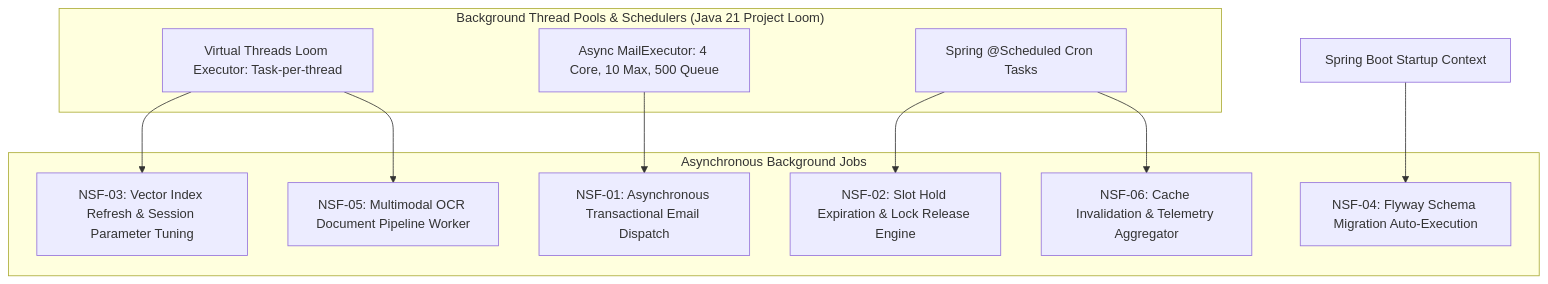
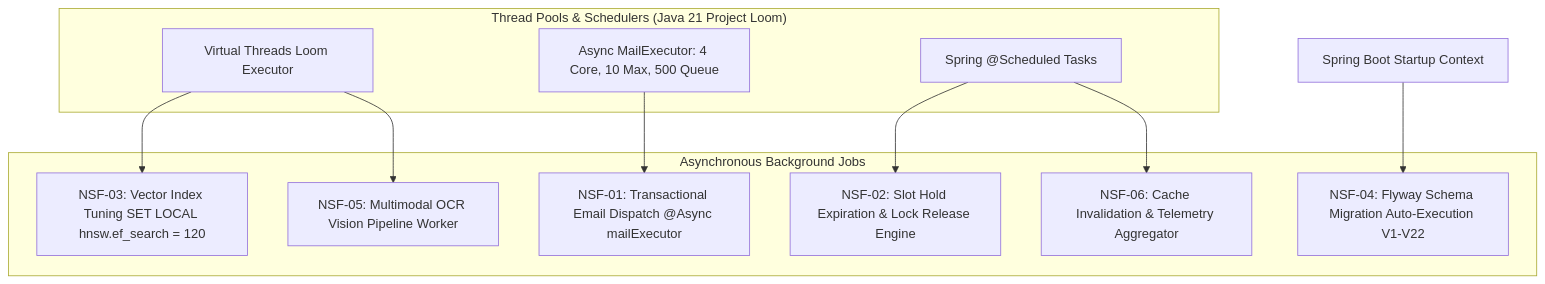
One commit to vinhhotff/KLTN-medical-assistant changed the third of 4 diagrams in docs/SRS_MediAssist_AI.md. Above: the diagram before and after it, drawn with Mermaid. The commit also changed other lines of this file and 6 other files, not shown here.

````diff
--- a/docs/SRS_MediAssist_AI.md
+++ b/docs/SRS_MediAssist_AI.md
@@ -2847,22 +2805,22 @@
 ```mermaid
 graph TD
-    subgraph "Background Thread Pools & Schedulers (Java 21 Project Loom)"
-        LoomPool[Virtual Threads Loom Executor: Task-per-thread]
+    subgraph "Thread Pools & Schedulers (Java 21 Project Loom)"
+        LoomPool[Virtual Threads Loom Executor]
         MailPool[Async MailExecutor: 4 Core, 10 Max, 500 Queue]
-        Scheduler[Spring @Scheduled Cron Tasks]
+        Scheduler[Spring @Scheduled Tasks]
     end
 
     subgraph "Asynchronous Background Jobs"
-        Job1[NSF-01: Asynchronous Transactional Email Dispatch]
+        Job1[NSF-01: Transactional Email Dispatch @Async mailExecutor]
         Job2[NSF-02: Slot Hold Expiration & Lock Release Engine]
-        Job3[NSF-03: Vector Index Refresh & Session Parameter Tuning]
-        Job4[NSF-04: Flyway Schema Migration Auto-Execution]
-        Job5[NSF-05: Multimodal OCR Document Pipeline Worker]
+        Job3[NSF-03: Vector Index Tuning SET LOCAL hnsw.ef_search = 120]
+        Job4[NSF-04: Flyway Schema Migration Auto-Execution V1-V22]
+        Job5[NSF-05: Multimodal OCR Vision Pipeline Worker]
         Job6[NSF-06: Cache Invalidation & Telemetry Aggregator]
     end
 
     MailPool --> Job1
     Scheduler --> Job2 & Job6
     LoomPool --> Job3 & Job5
     SpringContext[Spring Boot Startup Context] --> Job4
 ```
````
